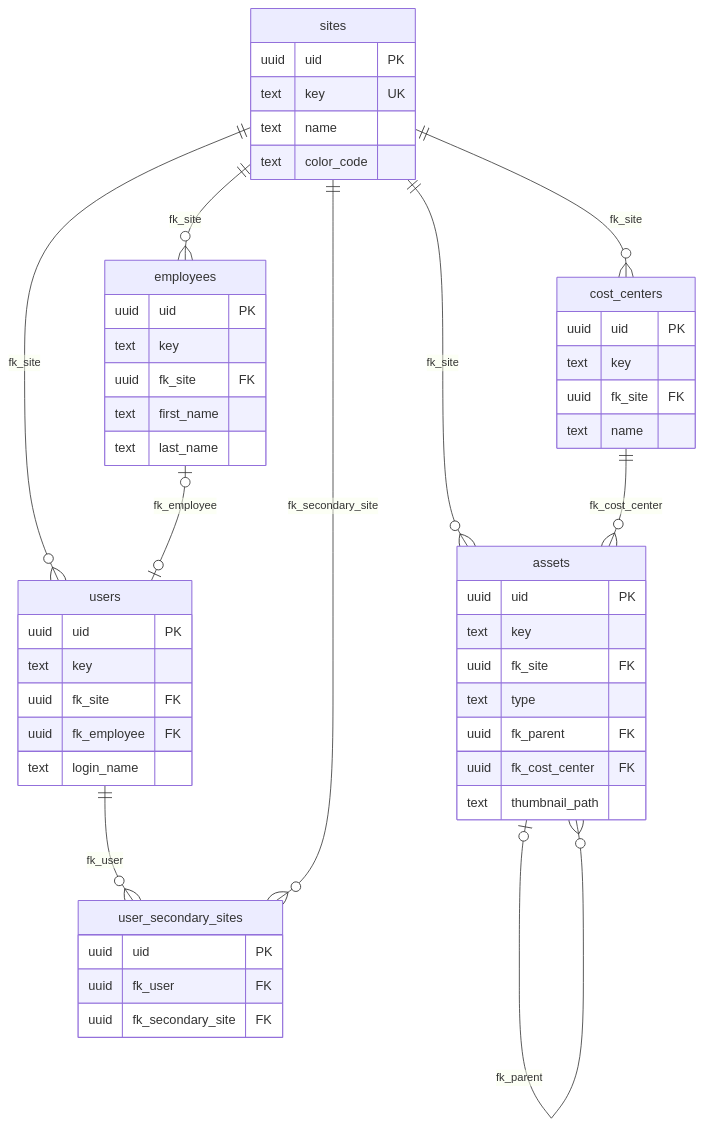
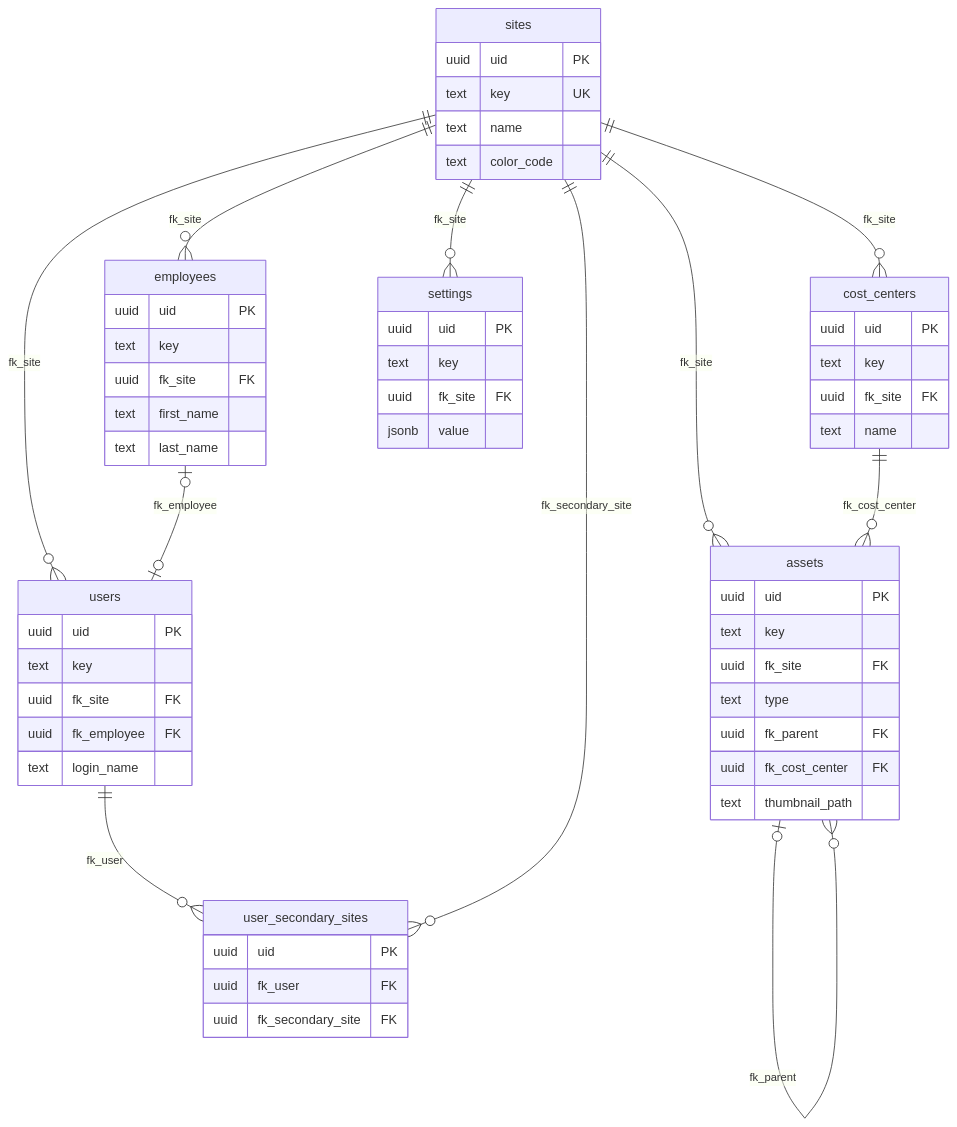
One commit to ERedich/pulsecmms changed the third of 3 diagrams in slice.md. Above: the diagram before and after it, drawn with Mermaid. The commit also changed other lines of this file and 70 other files, not shown here.

````diff
--- a/slice.md
+++ b/slice.md
@@ -152,53 +185,60 @@
 ```mermaid
 erDiagram
   sites ||--o{ users : fk_site
   sites ||--o{ cost_centers : fk_site
   sites ||--o{ employees : fk_site
   sites ||--o{ assets : fk_site
+  sites ||--o{ settings : fk_site
   users ||--o{ user_secondary_sites : fk_user
   sites ||--o{ user_secondary_sites : fk_secondary_site
   employees |o--o| users : fk_employee
   cost_centers ||--o{ assets : fk_cost_center
   assets |o--o{ assets : fk_parent
 
   sites {
     uuid uid PK
     text key UK
     text name
     text color_code
   }
   users {
     uuid uid PK
     text key
     uuid fk_site FK
     uuid fk_employee FK
     text login_name
   }
   user_secondary_sites {
     uuid uid PK
     uuid fk_user FK
     uuid fk_secondary_site FK
   }
   cost_centers {
     uuid uid PK
     text key
     uuid fk_site FK
     text name
   }
   employees {
     uuid uid PK
     text key
     uuid fk_site FK
     text first_name
     text last_name
   }
   assets {
     uuid uid PK
     text key
     uuid fk_site FK
     text type
     uuid fk_parent FK
     uuid fk_cost_center FK
     text thumbnail_path
   }
+  settings {
+    uuid uid PK
+    text key
+    uuid fk_site FK
+    jsonb value
+  }
 ```
````
